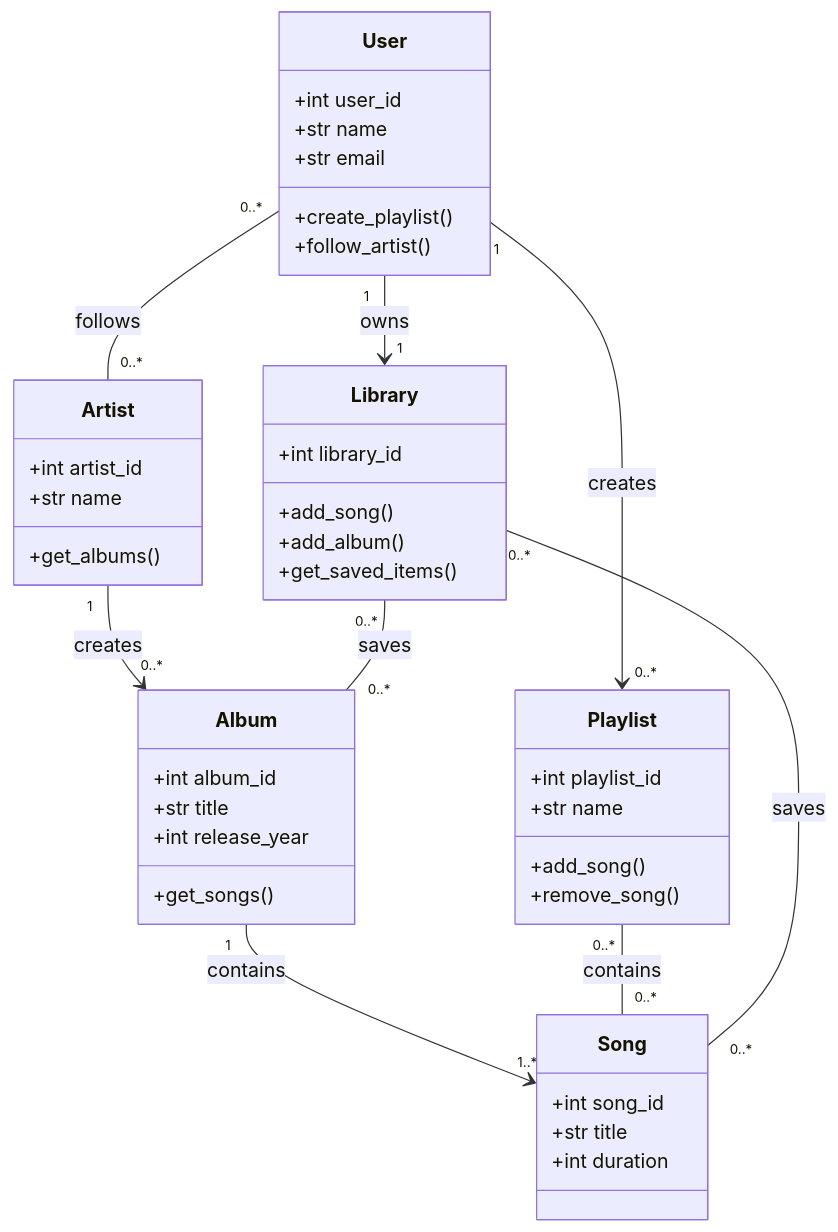
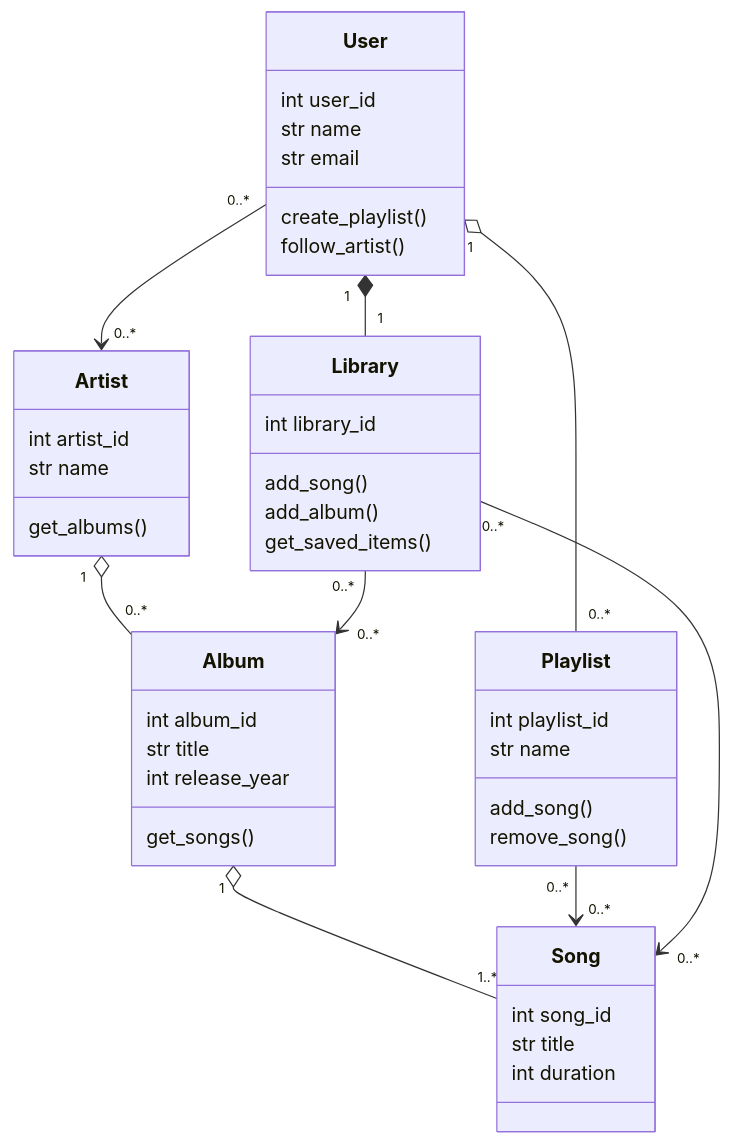
Before and after one commit to mnrx6/holbertonschool-uml_design_lab: the diagram in uml_lab/class_diagram.mmd, drawn with Mermaid.

Commit message:
fix 2 task 1

```diff
--- a/uml_lab/class_diagram.mmd
+++ b/uml_lab/class_diagram.mmd
@@ -1,51 +1,55 @@
-classDiagram
+ classDiagram
 
 class User {
-    +int user_id
-    +str name
-    +str email
-    +create_playlist()
-    +follow_artist()
+    int user_id
+    str name
+    str email
+    create_playlist()
+    follow_artist()
 }
 
 class Artist {
-    +int artist_id
-    +str name
-    +get_albums()
+    int artist_id
+    str name
+    get_albums()
 }
 
 class Album {
-    +int album_id
-    +str title
-    +int release_year
-    +get_songs()
+    int album_id
+    str title
+    int release_year
+    get_songs()
 }
 
 class Song {
-    +int song_id
-    +str title
-    +int duration
+    int song_id
+    str title
+    int duration
 }
 
 class Playlist {
-    +int playlist_id
-    +str name
-    +add_song()
-    +remove_song()
+    int playlist_id
+    str name
+    add_song()
+    remove_song()
 }
 
 class Library {
-    +int library_id
-    +add_song()
-    +add_album()
-    +get_saved_items()
+    int library_id
+    add_song()
+    add_album()
+    get_saved_items()
 }
 
-Artist "1" --> "0..*" Album : creates
-Album "1" --> "1..*" Song : contains
-User "1" --> "0..*" Playlist : creates
-Playlist "0..*" -- "0..*" Song : contains
-User "0..*" -- "0..*" Artist : follows
-User "1" --> "1" Library : owns
-Library "0..*" -- "0..*" Song : saves
-Library "0..*" -- "0..*" Album : saves
+Artist "1" o-- "0..*" Album
+Album "1" o-- "1..*" Song
+
+User "1" o-- "0..*" Playlist
+Playlist "0..*" --> "0..*" Song
+
+User "0..*" --> "0..*" Artist
+
+User "1" *-- "1" Library
+
+Library "0..*" --> "0..*" Song
+Library "0..*" --> "0..*" Album
```
